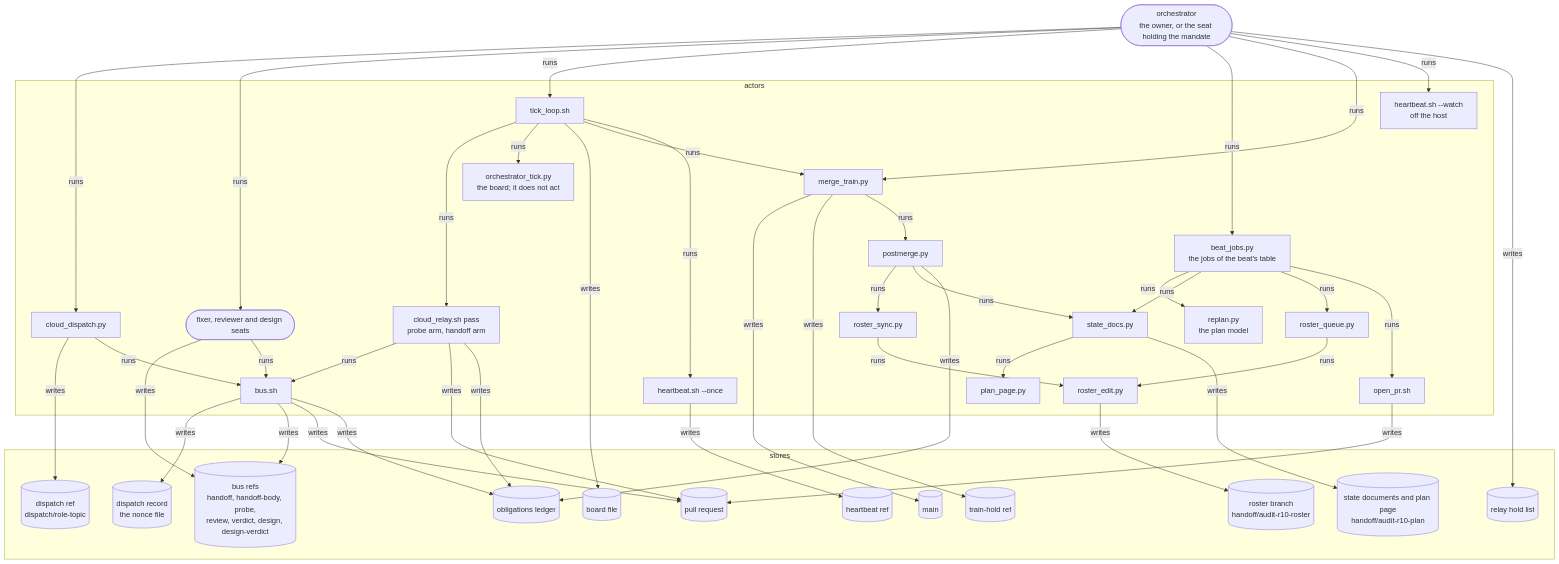
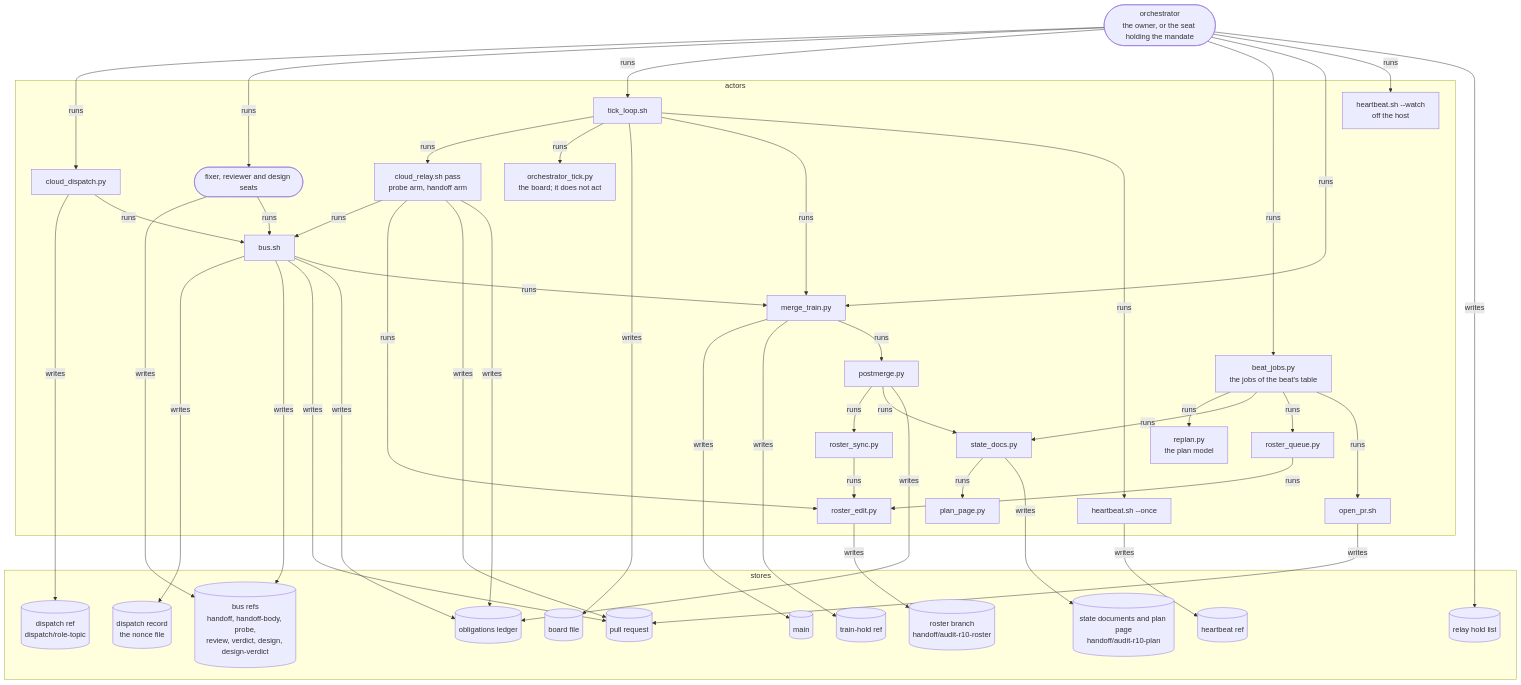
One commit to tvofi/heatpump_optimizer changed the third of 4 diagrams in dev/README.md. Above: the diagram before and after it, drawn with Mermaid. The commit also changed other lines of this file and 3 other files, not shown here.

````diff
--- a/dev/README.md
+++ b/dev/README.md
@@ -259,78 +267,80 @@
 ```mermaid
 flowchart TB
     orch(["orchestrator<br/>the owner, or the seat holding the mandate"])
     subgraph actors["actors"]
         disp["cloud_dispatch.py"]
         seats(["fixer, reviewer and design seats"])
         tloop["tick_loop.sh"]
         relay["cloud_relay.sh pass<br/>probe arm, handoff arm"]
         busx["bus.sh"]
         tick["orchestrator_tick.py<br/>the board; it does not act"]
         jobs["beat_jobs.py<br/>the jobs of the beat's table"]
         plan["replan.py<br/>the plan model"]
         docs["state_docs.py"]
         page["plan_page.py"]
         rq["roster_queue.py"]
         redit["roster_edit.py"]
         opr["open_pr.sh"]
         train["merge_train.py"]
         post["postmerge.py"]
         rsync["roster_sync.py"]
         hb["heartbeat.sh --once"]
         watch["heartbeat.sh --watch<br/>off the host"]
     end
     subgraph stores["stores"]
         dref[("dispatch ref<br/>dispatch/role-topic")]
         drec[("dispatch record<br/>the nonce file")]
         bus[("bus refs<br/>handoff, handoff-body, probe,<br/>review, verdict, design, design-verdict")]
         hold[("relay hold list")]
         ledger[("obligations ledger")]
         board[("board file")]
         roster[("roster branch<br/>handoff/audit-r10-roster")]
         sdoc[("state documents and plan page<br/>handoff/audit-r10-plan")]
         pr[("pull request")]
         thold[("train-hold ref")]
         hbref[("heartbeat ref")]
         main[("main")]
     end
     orch -->|"runs"| disp
     orch -->|"runs"| seats
     orch -->|"runs"| tloop
     orch -->|"runs"| jobs
     orch -->|"runs"| train
     orch -->|"runs"| watch
     orch -->|"writes"| hold
     disp -->|"writes"| dref
     disp -->|"runs"| busx
     seats -->|"writes"| bus
     seats -->|"runs"| busx
     tloop -->|"runs"| relay
     tloop -->|"runs"| tick
     tloop -->|"writes"| board
     tloop -->|"runs"| train
     tloop -->|"runs"| hb
     relay -->|"runs"| busx
+    relay -->|"runs"| redit
     relay -->|"writes"| pr
     relay -->|"writes"| ledger
     busx -->|"writes"| drec
     busx -->|"writes"| bus
     busx -->|"writes"| pr
     busx -->|"writes"| ledger
+    busx -->|"runs"| train
     jobs -->|"runs"| plan
     jobs -->|"runs"| docs
     jobs -->|"runs"| rq
     jobs -->|"runs"| opr
     docs -->|"runs"| page
     docs -->|"writes"| sdoc
     rq -->|"runs"| redit
     redit -->|"writes"| roster
     opr -->|"writes"| pr
     train -->|"writes"| main
     train -->|"writes"| thold
     train -->|"runs"| post
     post -->|"runs"| rsync
     post -->|"runs"| docs
     post -->|"writes"| ledger
     rsync -->|"runs"| redit
     hb -->|"writes"| hbref
 ```
````
